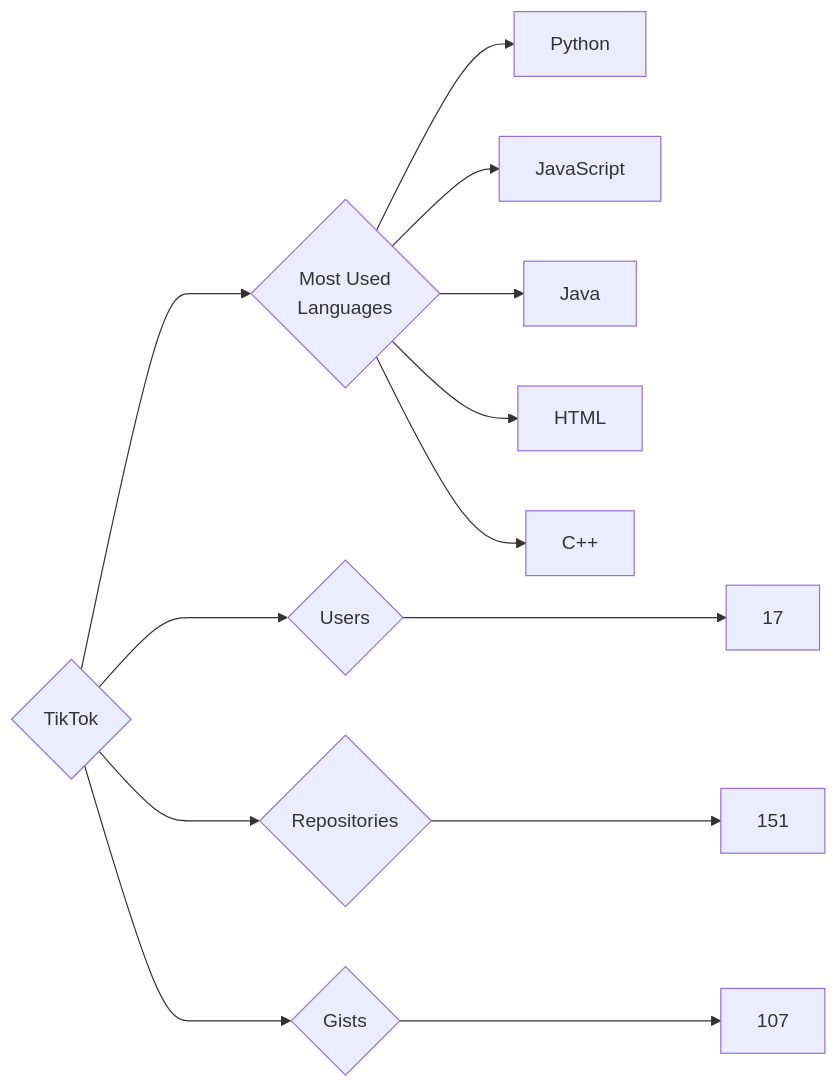
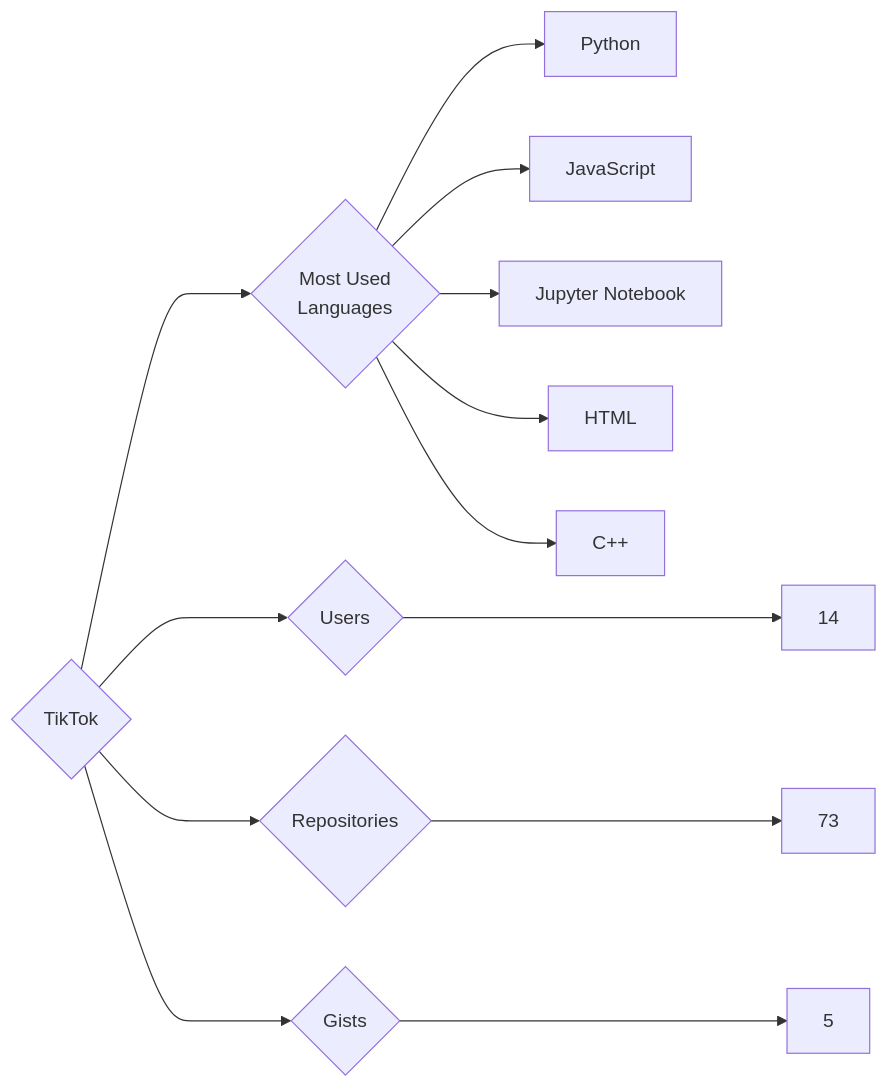
Before and after one commit to trickest/insiders: the diagram in targets/TikTok/README.md, drawn with Mermaid. The commit also changed 860 other files, not shown here.

````diff
--- a/targets/TikTok/README.md
+++ b/targets/TikTok/README.md
@@ -3,13 +3,13 @@
 ```mermaid
 graph LR
 COMPANY_NAME{TikTok}
-COMPANY_NAME ---> U{Users} ---> UN[17]
-COMPANY_NAME ---> R{Repositories} ---> RN[151]
-COMPANY_NAME ---> G{Gists} ---> GN[107]
+COMPANY_NAME ---> U{Users} ---> UN[14]
+COMPANY_NAME ---> R{Repositories} ---> RN[73]
+COMPANY_NAME ---> G{Gists} ---> GN[5]
 COMPANY_NAME ---> ML{Most Used<br>Languages}
 ML --> Python[Python]
 ML --> JavaScript[JavaScript]
-ML --> Java[Java]
+ML --> Jupyter_Notebook[Jupyter Notebook]
 ML --> HTML[HTML]
 ML --> C++[C++]
 ```
````
